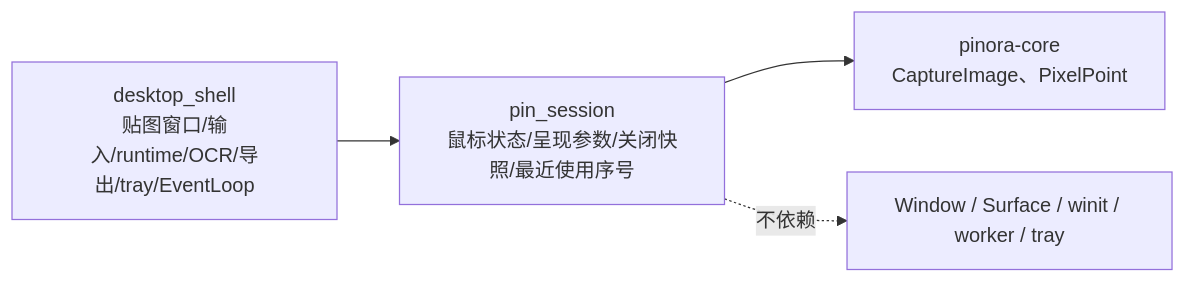
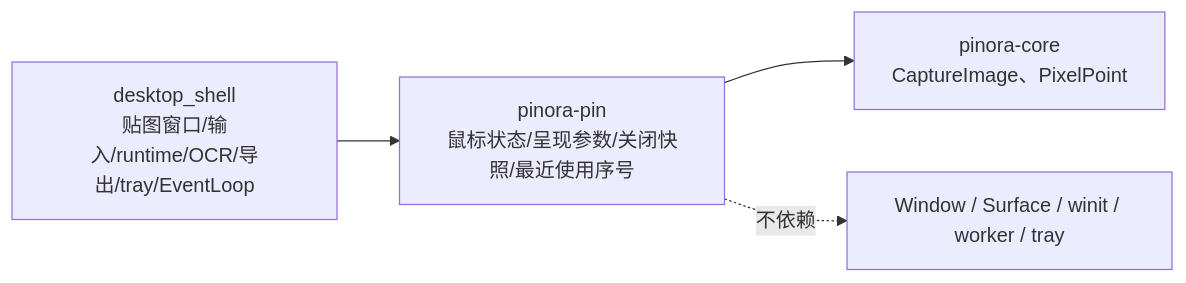
Before and after one commit to yhyzgn/pinora: diagram 16 of 29 in docs/Pinora-开发设计文档.md, drawn with Mermaid. The commit also changed other lines of this file and 13 other files, not shown here.

First line of the commit message:
refactor(pin): extract pure pin session crate

````diff
--- a/docs/Pinora-开发设计文档.md
+++ b/docs/Pinora-开发设计文档.md
@@ -825,11 +826,11 @@
 ```mermaid
 flowchart LR
     Shell["desktop_shell\n贴图窗口/输入/runtime/OCR/导出/tray/EventLoop"]
-    Session["pin_session\n鼠标状态/呈现参数/关闭快照/最近使用序号"]
+    Session["pinora-pin\n鼠标状态/呈现参数/关闭快照/最近使用序号"]
     Core["pinora-core\nCaptureImage、PixelPoint"]
     Window["Window / Surface / winit / worker / tray"]
 
     Shell --> Session
     Session --> Core
     Session -. 不依赖 .-> Window
 ```
````
